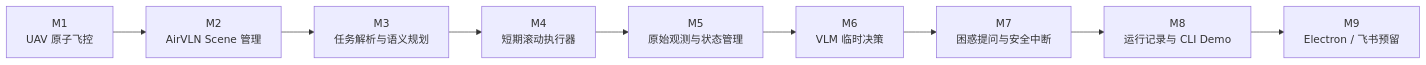
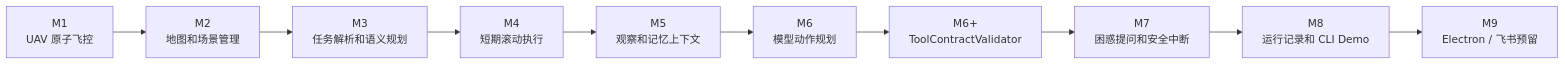
The second of 5 diagrams in docs/mvp_flow_diagrams.md (LZ6years/AeroPilot), drawn with Mermaid before and after one commit. The commit also changed other lines of this file and 15 other files, not shown here.

````diff
--- a/docs/mvp_flow_diagrams.md
+++ b/docs/mvp_flow_diagrams.md
@@ -41,11 +37,12 @@
 ```mermaid
 flowchart LR
-    M1["M1<br/>UAV 原子飞控"] --> M2["M2<br/>AirVLN Scene 管理"]
-    M2 --> M3["M3<br/>任务解析与语义规划"]
-    M3 --> M4["M4<br/>短期滚动执行器"]
-    M4 --> M5["M5<br/>原始观测与状态管理"]
-    M5 --> M6["M6<br/>VLM 临时决策"]
-    M6 --> M7["M7<br/>困惑提问与安全中断"]
-    M7 --> M8["M8<br/>运行记录与 CLI Demo"]
+    M1["M1<br/>UAV 原子飞控"] --> M2["M2<br/>地图和场景管理"]
+    M2 --> M3["M3<br/>任务解析和语义规划"]
+    M3 --> M4["M4<br/>短期滚动执行"]
+    M4 --> M5["M5<br/>观察和记忆上下文"]
+    M5 --> M6["M6<br/>模型动作规划"]
+    M6 --> M6B["M6+<br/>ToolContractValidator"]
+    M6B --> M7["M7<br/>困惑提问和安全中断"]
+    M7 --> M8["M8<br/>运行记录和 CLI Demo"]
     M8 --> M9["M9<br/>Electron / 飞书预留"]
 ```
````
